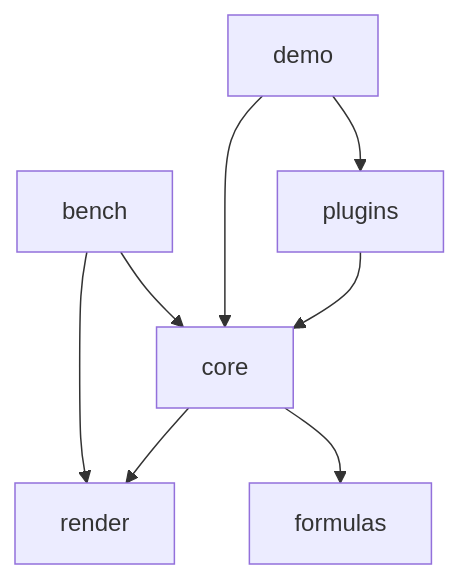
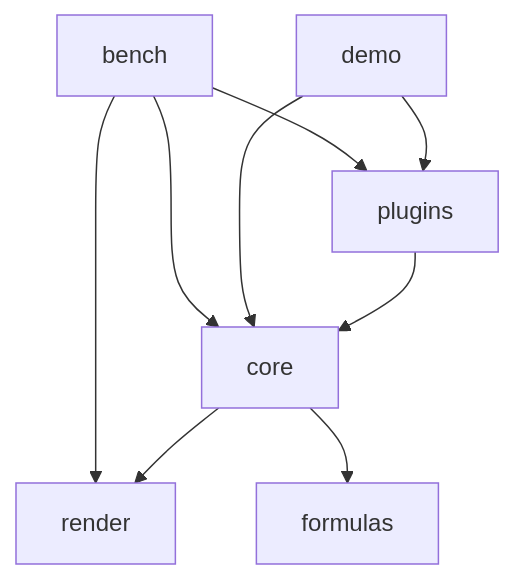
One commit to cabinet-fe/infinite-table changed the diagram in .agents/docs/CODE-MAP.md. Above: the diagram before and after it, drawn with Mermaid. The commit also changed other lines of this file and 95 other files, not shown here.

Commit message:
feat: S 系列 plugins 落地（插件契约转出 + sheet 插件族、包 exports 三条件、happy-dom 安全单测、bench/demo sheet 场景、ultra-ui 替换红线文档）

````diff
--- a/.agents/docs/CODE-MAP.md
+++ b/.agents/docs/CODE-MAP.md
@@ -34,10 +34,11 @@
 ```mermaid
 graph TD
     core --> render
     core --> formulas
     plugins --> core
     demo --> core
     demo --> plugins
     bench --> core
     bench --> render
+    bench --> plugins
 ```
````
